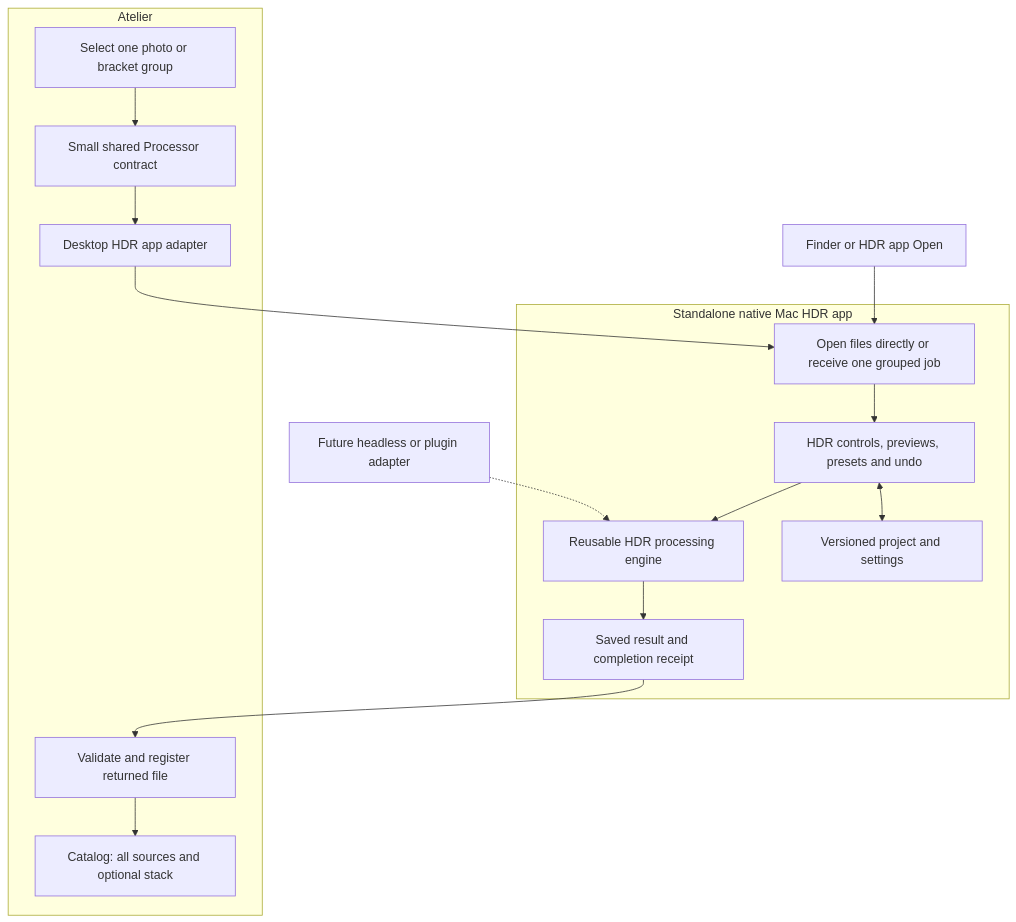
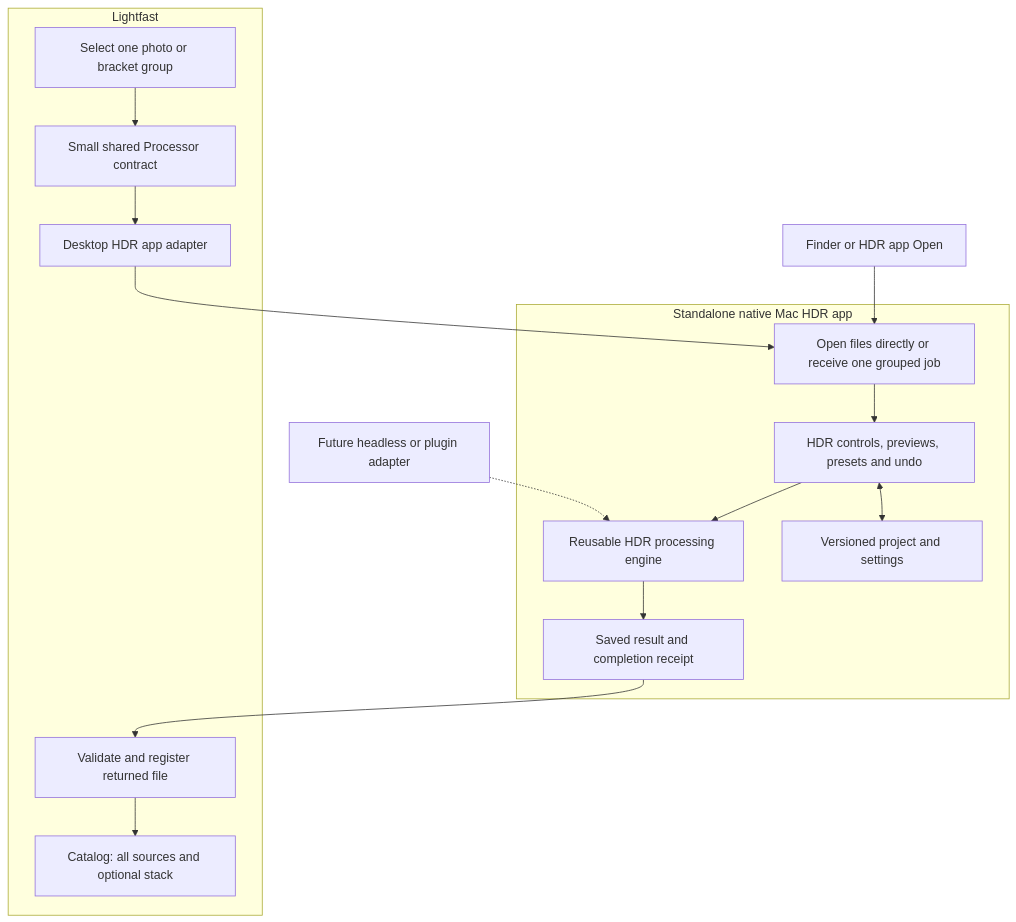
One commit to roshan-davis/atelier changed the first of 3 diagrams in Requirements/Design/AT-021-Processor-Architecture.md. Above: the diagram before and after it, drawn with Mermaid. The commit also changed other lines of this file and 69 other files, not shown here.

First line of the commit message:
App name: Atelier becomes Lightfast everywhere you see it

````diff
--- a/Requirements/Design/AT-021-Processor-Architecture.md
+++ b/Requirements/Design/AT-021-Processor-Architecture.md
@@ -30,25 +30,25 @@
 ```mermaid
 flowchart TB
-    subgraph Atelier[Atelier]
+    subgraph Lightfast[Lightfast]
         Select[Select one photo or bracket group]
         Contract[Small shared Processor contract]
         Adapter[Desktop HDR app adapter]
         Register[Validate and register returned file]
         Catalog[Catalog: all sources and optional stack]
     end
     subgraph HDRApp[Standalone native Mac HDR app]
         Open[Open files directly or receive one grouped job]
         UI[HDR controls, previews, presets and undo]
         Engine[Reusable HDR processing engine]
         Project[Versioned project and settings]
         Result[Saved result and completion receipt]
     end
     Select --> Contract --> Adapter --> Open
     Direct[Finder or HDR app Open] --> Open
     Open --> UI
     UI --> Engine
     UI <--> Project
     Engine --> Result
     Result --> Register --> Catalog
     Future[Future headless or plugin adapter] -.-> Engine
 ```
````
